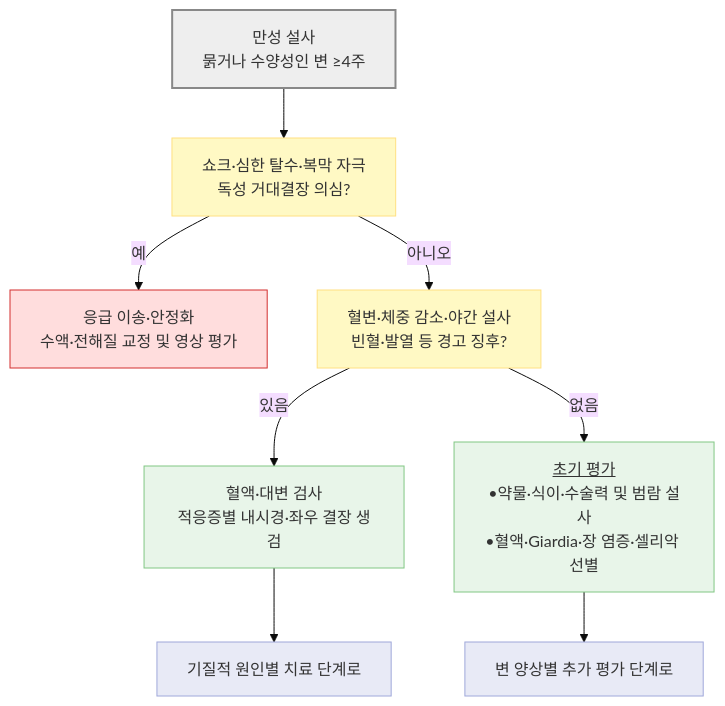
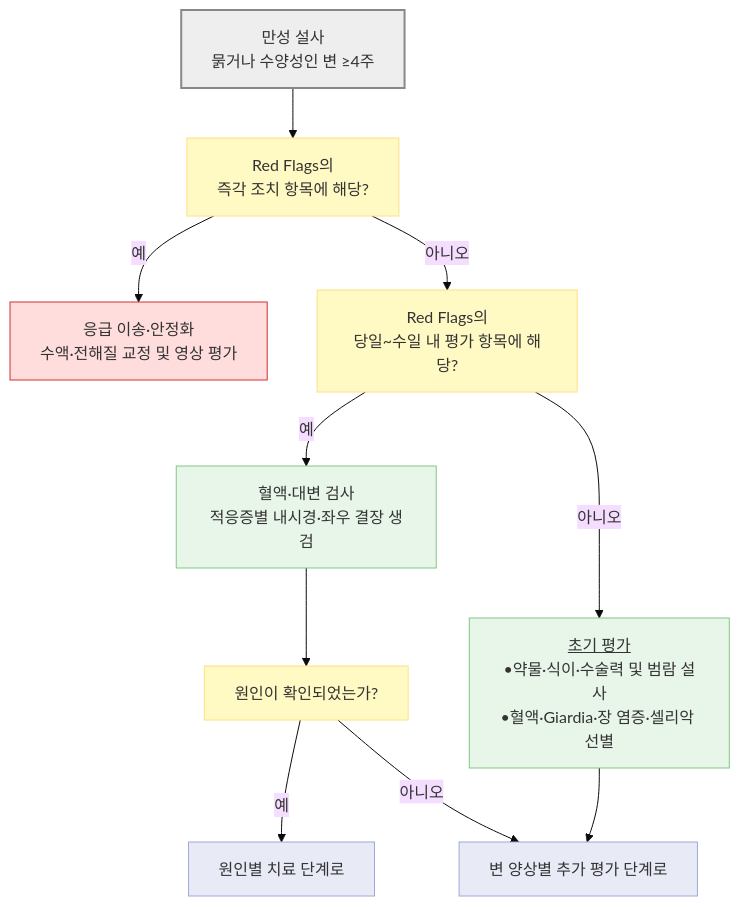
One commit to familyoh77/familyoh77 changed the first of 2 diagrams in 224_/084_-chronic-diarrhea.md. Above: the diagram before and after it, drawn with Mermaid (base theme). The commit also changed other lines of this file and 1 other file, not shown here.

````diff
--- a/224_/084_-chronic-diarrhea.md
+++ b/224_/084_-chronic-diarrhea.md
@@ -197,21 +205,22 @@
 ```mermaid
 flowchart TD
-    A["만성 설사<br/>묽거나 수양성인 변 ≥4주"] --> E["쇼크·심한 탈수·복막 자극<br/>독성 거대결장 의심?"]
+    A["만성 설사<br/>묽거나 수양성인 변 ≥4주"] --> E["Red Flags의<br/>즉각 조치 항목에 해당?"]
     E -- "예" --> U["응급 이송·안정화<br/>수액·전해질 교정 및 영상 평가"]
-    E -- "아니오" --> R["혈변·체중 감소·야간 설사<br/>빈혈·발열 등 경고 징후?"]
-    R -- "있음" --> S["혈액·대변 검사<br/>적응증별 내시경·좌우 결장 생검"]
-    R -- "없음" --> I["<u>초기 평가</u><br/>•약물·식이·수술력 및 범람 설사<br/>•혈액·Giardia·장 염증·셀리악 선별"]
-    S --> D["기질적 원인별 치료 단계로"]
+    E -- "아니오" --> R["Red Flags의<br/>당일~수일 내 평가 항목에 해당?"]
+    R -- "예" --> S["혈액·대변 검사<br/>적응증별 내시경·좌우 결장 생검"]
+    R -- "아니오" --> I["<u>초기 평가</u><br/>•약물·식이·수술력 및 범람 설사<br/>•혈액·Giardia·장 염증·셀리악 선별"]
+    S --> N["원인이 확인되었는가?"]
+    N -- "예" --> D["원인별 치료 단계로"]
+    N -- "아니오" --> P
     I --> P["변 양상별 추가 평가 단계로"]
     classDef neutral fill:#eeeeee,stroke:#888888,stroke-width:2px
     classDef question fill:#fff9c4,stroke:#ffe082
     classDef test fill:#e8f5e9,stroke:#81c784
-    classDef treatment fill:#e3f2ff,stroke:#2196f3
     classDef emergency fill:#ffdddd,stroke:#d32f2f
     classDef next fill:#e8eaf6,stroke:#9fa8da
     class A neutral
-    class E,R question
+    class E,R,N question
     class U emergency
     class S,I test
     class D,P next
 ```
````
